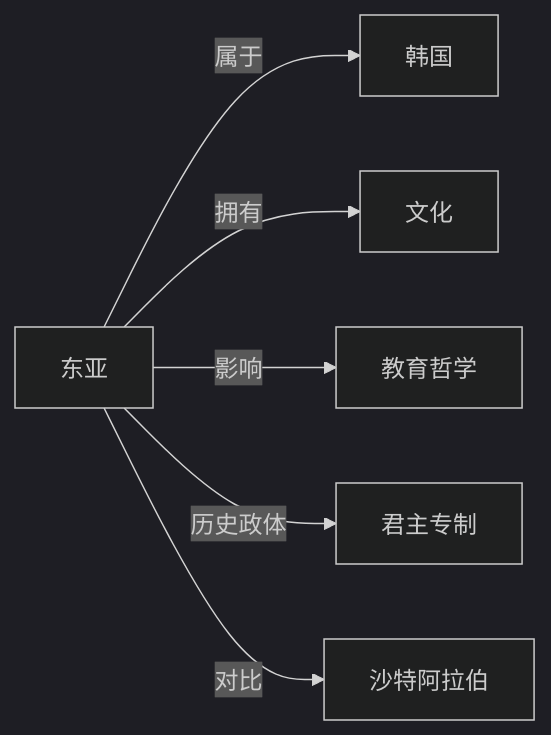
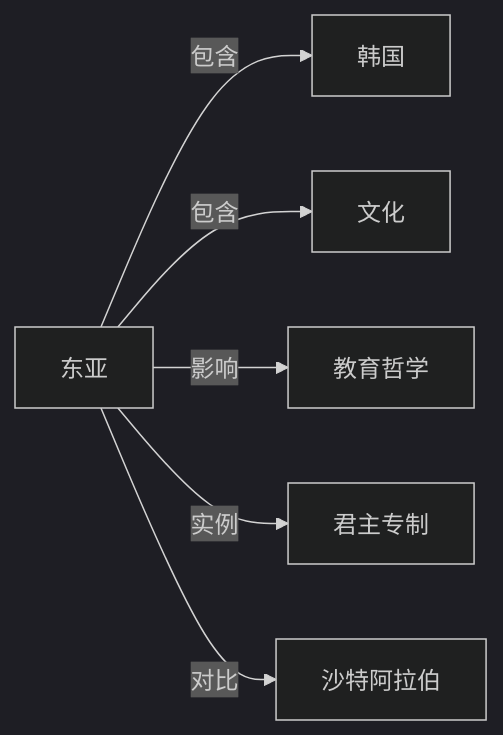
The diagram in Knowledge/Concepts/地理/东亚.md (KIMMCHOW/MyKnowledge), drawn with Mermaid (dark theme) before and after one commit. The commit also changed 95 other files, not shown here.

Commit message:
reorganize: 统一关系图边标签为11类

````diff
--- a/Knowledge/Concepts/地理/东亚.md
+++ b/Knowledge/Concepts/地理/东亚.md
@@ -46,8 +46,8 @@
 ```mermaid
 graph LR
-东亚 -->|属于| 韩国
-东亚 -->|拥有| 文化
+东亚 -->|包含| 韩国
+东亚 -->|包含| 文化
 东亚 -->|影响| 教育哲学
-东亚 -->|历史政体| 君主专制
+东亚 -->|实例| 君主专制
 东亚 -->|对比| 沙特阿拉伯
 ```
````
